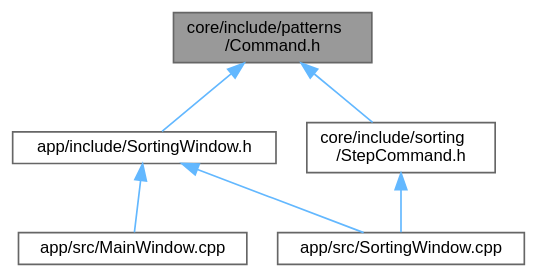
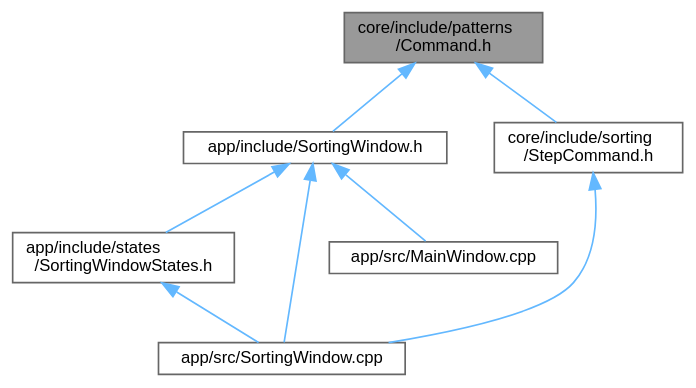
The diagram in Command_8h__dep__incl.dot (wwerniss/algorithms-benchmark), drawn with Graphviz before and after one commit. The commit also changed 265 other files, not shown here.

```diff
--- a/Command_8h__dep__incl.dot
+++ b/Command_8h__dep__incl.dot
@@ -1,17 +1,20 @@
 digraph "core/include/patterns/Command.h"
 {
  // LATEX_PDF_SIZE
   bgcolor="transparent";
   edge [fontname=Helvetica,fontsize=10,labelfontname=Helvetica,labelfontsize=10];
   node [fontname=Helvetica,fontsize=10,shape=box,height=0.2,width=0.4];
   Node1 [id="Node000001",label="core/include/patterns\l/Command.h",height=0.2,width=0.4,color="gray40", fillcolor="grey60", style="filled", fontcolor="black",tooltip=" "];
   Node1 -> Node2 [id="edge1_Node000001_Node000002",dir="back",color="steelblue1",style="solid",tooltip=" "];
   Node2 [id="Node000002",label="app/include/SortingWindow.h",height=0.2,width=0.4,color="grey40", fillcolor="white", style="filled",URL="$SortingWindow_8h.html",tooltip=" "];
   Node2 -> Node3 [id="edge2_Node000002_Node000003",dir="back",color="steelblue1",style="solid",tooltip=" "];
-  Node3 [id="Node000003",label="app/src/MainWindow.cpp",height=0.2,width=0.4,color="grey40", fillcolor="white", style="filled",URL="$MainWindow_8cpp.html",tooltip=" "];
-  Node2 -> Node4 [id="edge3_Node000002_Node000004",dir="back",color="steelblue1",style="solid",tooltip=" "];
+  Node3 [id="Node000003",label="app/include/states\l/SortingWindowStates.h",height=0.2,width=0.4,color="grey40", fillcolor="white", style="filled",URL="$SortingWindowStates_8h.html",tooltip=" "];
+  Node3 -> Node4 [id="edge3_Node000003_Node000004",dir="back",color="steelblue1",style="solid",tooltip=" "];
   Node4 [id="Node000004",label="app/src/SortingWindow.cpp",height=0.2,width=0.4,color="grey40", fillcolor="white", style="filled",URL="$SortingWindow_8cpp.html",tooltip=" "];
-  Node1 -> Node5 [id="edge4_Node000001_Node000005",dir="back",color="steelblue1",style="solid",tooltip=" "];
-  Node5 [id="Node000005",label="core/include/sorting\l/StepCommand.h",height=0.2,width=0.4,color="grey40", fillcolor="white", style="filled",URL="$StepCommand_8h.html",tooltip=" "];
-  Node5 -> Node4 [id="edge5_Node000005_Node000004",dir="back",color="steelblue1",style="solid",tooltip=" "];
+  Node2 -> Node5 [id="edge4_Node000002_Node000005",dir="back",color="steelblue1",style="solid",tooltip=" "];
+  Node5 [id="Node000005",label="app/src/MainWindow.cpp",height=0.2,width=0.4,color="grey40", fillcolor="white", style="filled",URL="$MainWindow_8cpp.html",tooltip=" "];
+  Node2 -> Node4 [id="edge5_Node000002_Node000004",dir="back",color="steelblue1",style="solid",tooltip=" "];
+  Node1 -> Node6 [id="edge6_Node000001_Node000006",dir="back",color="steelblue1",style="solid",tooltip=" "];
+  Node6 [id="Node000006",label="core/include/sorting\l/StepCommand.h",height=0.2,width=0.4,color="grey40", fillcolor="white", style="filled",URL="$StepCommand_8h.html",tooltip=" "];
+  Node6 -> Node4 [id="edge7_Node000006_Node000004",dir="back",color="steelblue1",style="solid",tooltip=" "];
 }
```
